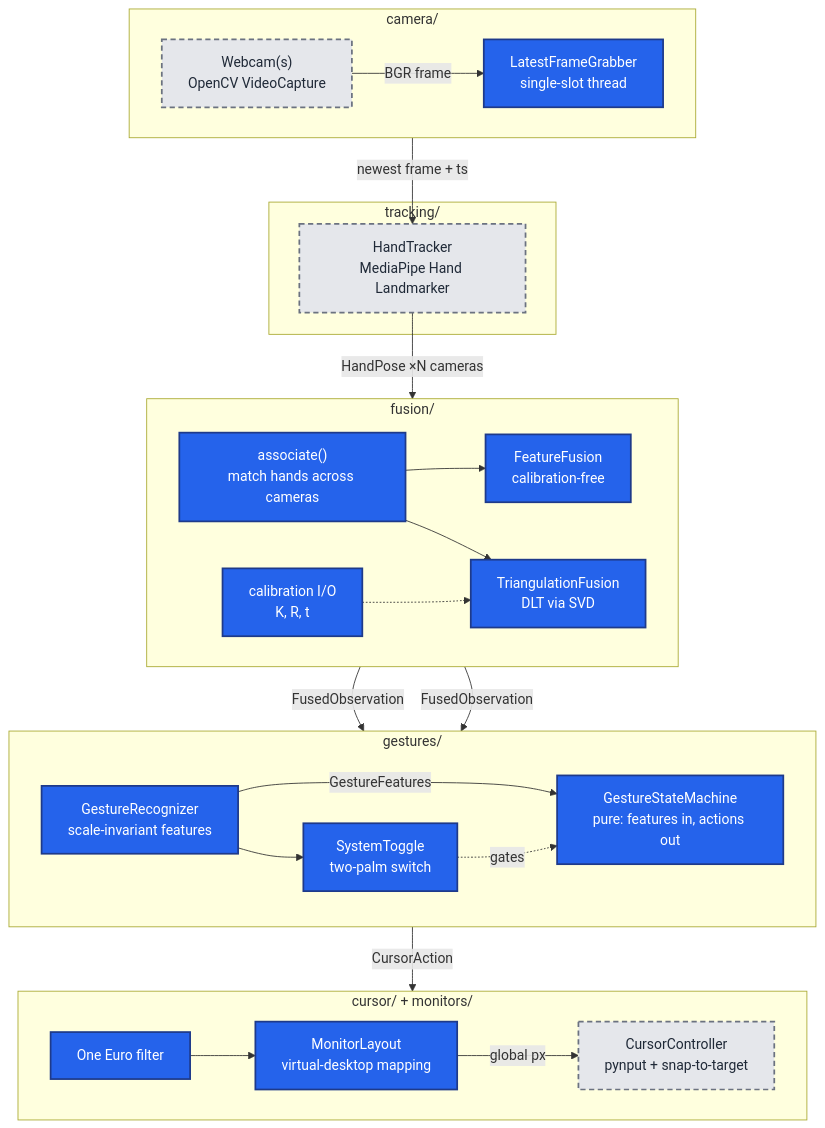
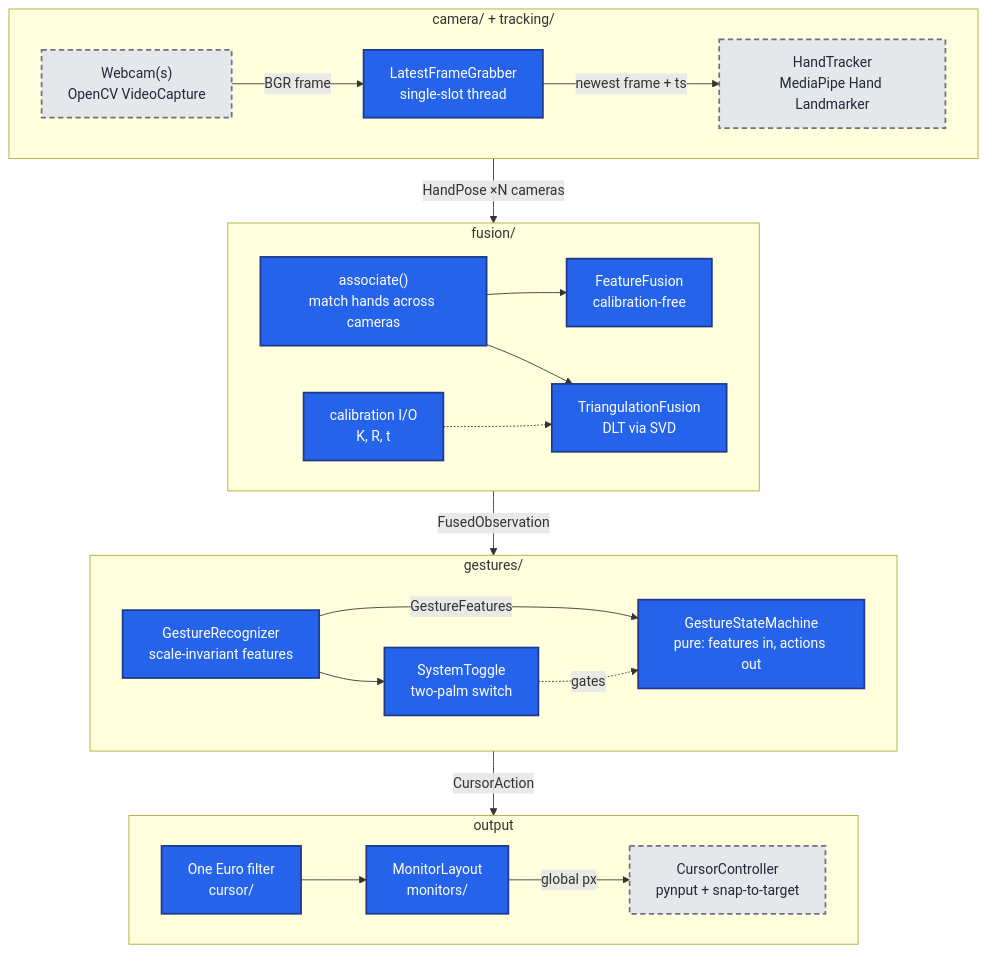
Before and after one commit to GeorgeKhalil123/camcursor-showcase: the diagram in README.md, drawn with Mermaid. The commit also changed other lines of this file and 3 other files, not shown here.

First line of the commit message:
Compact architecture diagram, document RECLICK, add fusion stage

````diff
--- a/README.md
+++ b/README.md
@@ -51,45 +51,42 @@
 ```mermaid
 flowchart TB
-    subgraph capture["camera/"]
+    subgraph capture["camera/ + tracking/"]
         direction LR
         CAM["Webcam(s)<br/>OpenCV VideoCapture"]:::private
         GRAB["LatestFrameGrabber<br/>single-slot thread"]:::public
-    end
-    subgraph track["tracking/"]
         MP["HandTracker<br/>MediaPipe Hand Landmarker"]:::private
+        CAM -->|BGR frame| GRAB -->|newest frame + ts| MP
     end
     subgraph fuse["fusion/"]
         direction LR
         CAL["calibration I/O<br/>K, R, t"]:::public
         ASSOC["associate()<br/>match hands across cameras"]:::public
         FF["FeatureFusion<br/>calibration-free"]:::public
         TRI["TriangulationFusion<br/>DLT via SVD"]:::public
+        ASSOC --> FF & TRI
+        CAL -.-> TRI
     end
     subgraph gest["gestures/"]
         direction LR
         REC["GestureRecognizer<br/>scale-invariant features"]:::public
         TOG["SystemToggle<br/>two-palm switch"]:::public
         FSM["GestureStateMachine<br/>pure: features in, actions out"]:::public
+        REC -->|GestureFeatures| FSM
+        REC --> TOG
+        TOG -.->|gates| FSM
     end
-    subgraph out["cursor/ + monitors/"]
+    subgraph out["output"]
         direction LR
-        EURO["One Euro filter"]:::public
-        MON["MonitorLayout<br/>virtual-desktop mapping"]:::public
+        EURO["One Euro filter<br/>cursor/"]:::public
+        MON["MonitorLayout<br/>monitors/"]:::public
         CTRL["CursorController<br/>pynput + snap-to-target"]:::private
+        EURO --> MON -->|global px| CTRL
     end
 
-    CAM -->|BGR frame| GRAB
-    GRAB -->|newest frame + ts| MP
-    MP -->|"HandPose ×N cameras"| ASSOC
-    ASSOC --> FF & TRI
-    CAL -.-> TRI
-    FF & TRI -->|FusedObservation| REC
-    REC -->|GestureFeatures| FSM
-    REC --> TOG
-    TOG -.->|gates| FSM
-    FSM -->|CursorAction| EURO
-    EURO --> MON -->|global px| CTRL
+    capture -->|"HandPose ×N cameras"| fuse
+    fuse -->|FusedObservation| gest
+    gest -->|CursorAction| out
 
     classDef public fill:#2563eb,stroke:#1e3a8a,stroke-width:2px,color:#ffffff
     classDef private fill:#e5e7eb,stroke:#6b7280,stroke-width:2px,stroke-dasharray:6 4,color:#1f2937
 ```
````
